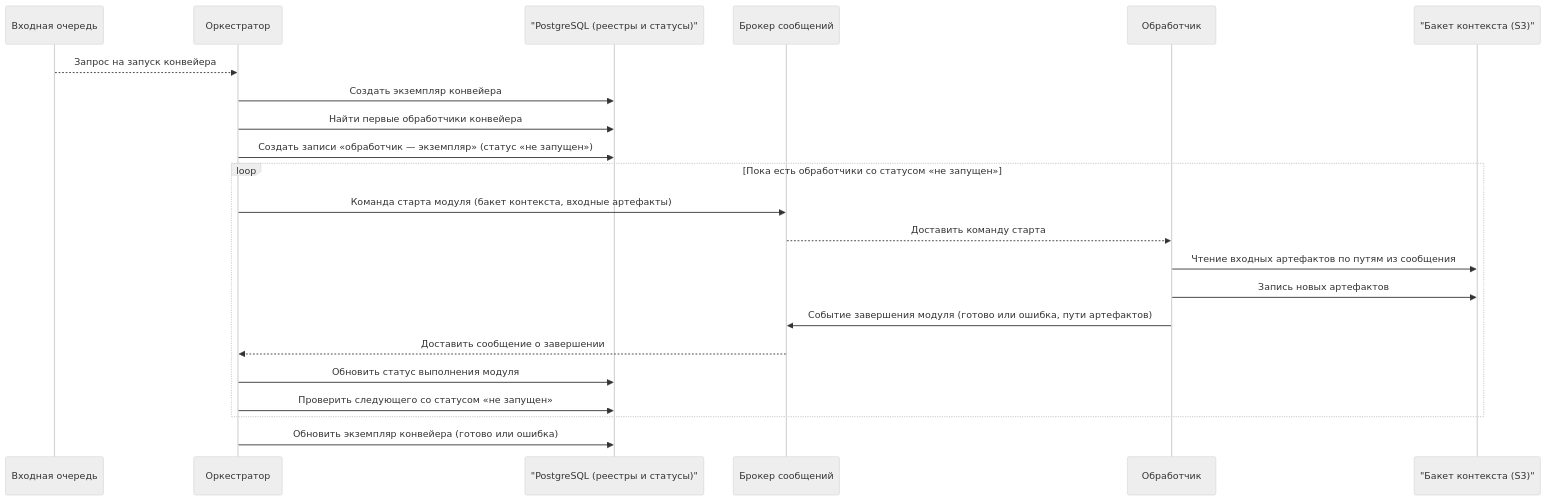
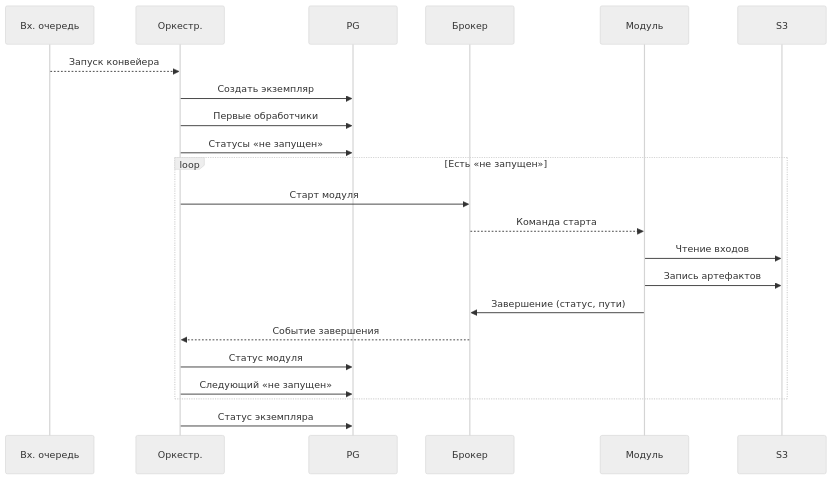
Diagram 12 of 19 in TZ/1.Пояснительная записка к техническому проекту.md (Trump68/infra), drawn with Mermaid (neutral theme) before and after one commit. The commit also changed other lines of this file, not shown here.

First line of the commit message:
docs: refine Фармадок documentation with updated sequence diagrams and terminology

````diff
--- a/TZ/1.Пояснительная записка к техническому проекту.md
+++ b/TZ/1.Пояснительная записка к техническому проекту.md
@@ -1641,25 +1641,26 @@
 ```mermaid
+%%{init: {"sequence": {"actorMargin": 48, "messageMargin": 32, "boxMargin": 8}}}%%
 sequenceDiagram
-  participant QIN as Входная очередь
-  participant O as Оркестратор
-  participant DB as "PostgreSQL (реестры и статусы)"
-  participant MQ as Брокер сообщений
-  participant M as Обработчик
-  participant S3 as "Бакет контекста (S3)"
+  participant Q as Вх. очередь
+  participant O as Оркестр.
+  participant DB as PG
+  participant MQ as Брокер
+  participant M as Модуль
+  participant S3 as S3
 
-  QIN-->>O: Запрос на запуск конвейера
-  O->>DB: Создать экземпляр конвейера
-  O->>DB: Найти первые обработчики конвейера
-  O->>DB: Создать записи «обработчик — экземпляр» (статус «не запущен»)
-  loop Пока есть обработчики со статусом «не запущен»
-    O->>MQ: Команда старта модуля (бакет контекста, входные артефакты)
-    MQ-->>M: Доставить команду старта
-    M->>S3: Чтение входных артефактов по путям из сообщения
-    M->>S3: Запись новых артефактов
-    M->>MQ: Событие завершения модуля (готово или ошибка, пути артефактов)
-    MQ-->>O: Доставить сообщение о завершении
-    O->>DB: Обновить статус выполнения модуля
-    O->>DB: Проверить следующего со статусом «не запущен»
+  Q-->>O: Запуск конвейера
+  O->>DB: Создать экземпляр
+  O->>DB: Первые обработчики
+  O->>DB: Статусы «не запущен»
+  loop Есть «не запущен»
+    O->>MQ: Старт модуля
+    MQ-->>M: Команда старта
+    M->>S3: Чтение входов
+    M->>S3: Запись артефактов
+    M->>MQ: Завершение (статус, пути)
+    MQ-->>O: Событие завершения
+    O->>DB: Статус модуля
+    O->>DB: Следующий «не запущен»
   end
-  O->>DB: Обновить экземпляр конвейера (готово или ошибка)
+  O->>DB: Статус экземпляра
 ```
````
